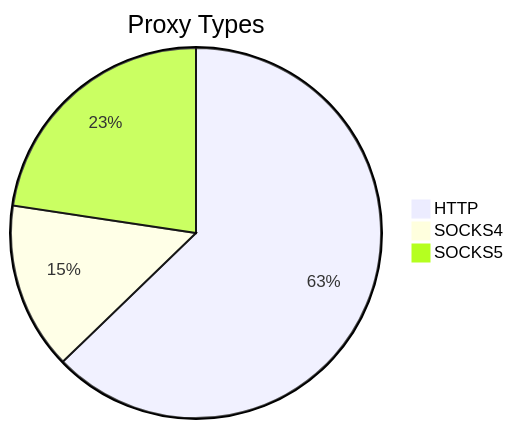
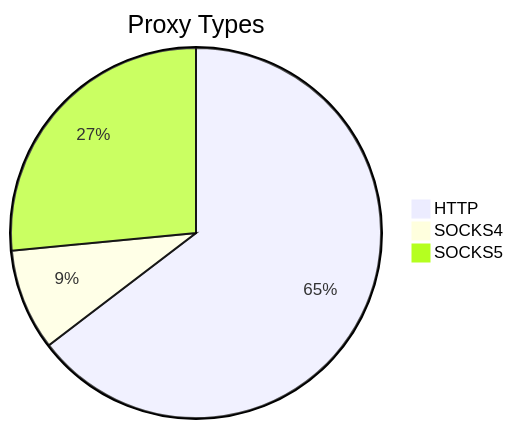
Before and after one commit to stormsia/proxy-list: the first of 2 diagrams in README.md, drawn with Mermaid. The commit also changed other lines of this file, not shown here.

````diff
--- a/README.md
+++ b/README.md
@@ -21,6 +21,6 @@
 ```mermaid
 pie title Proxy Types
-    "HTTP" : 172
-    "SOCKS4" : 40
-    "SOCKS5" : 62
+    "HTTP" : 95
+    "SOCKS4" : 13
+    "SOCKS5" : 39
 ```
````
